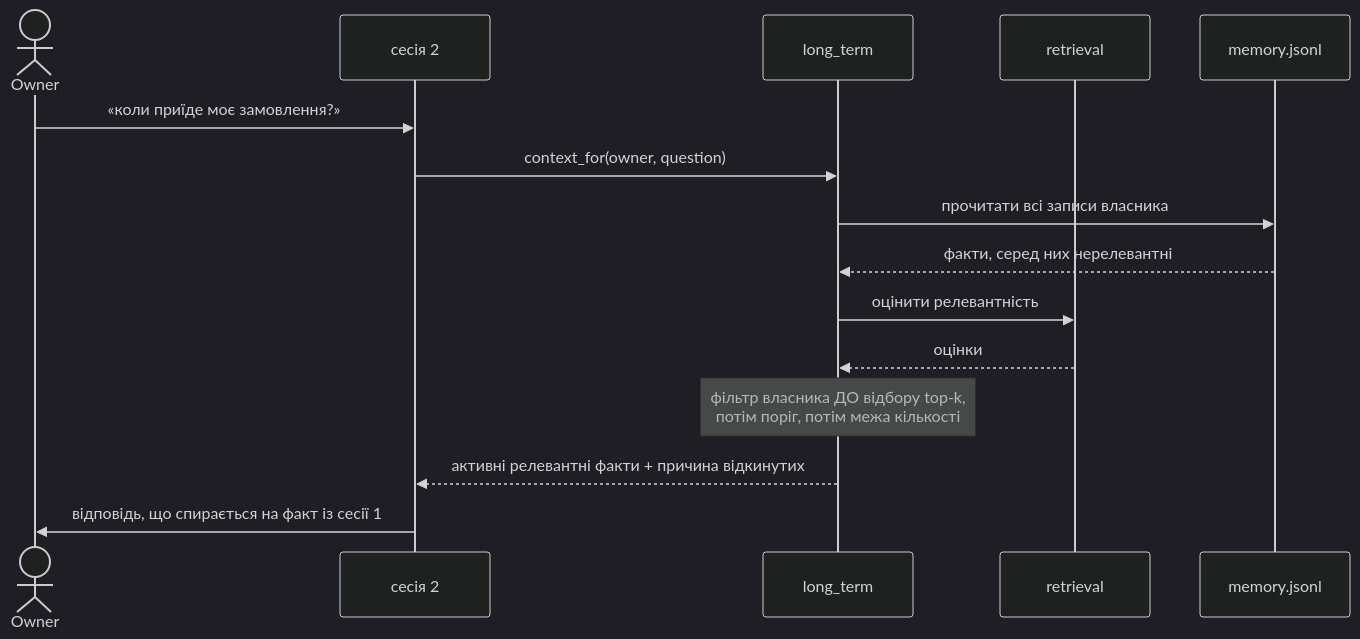
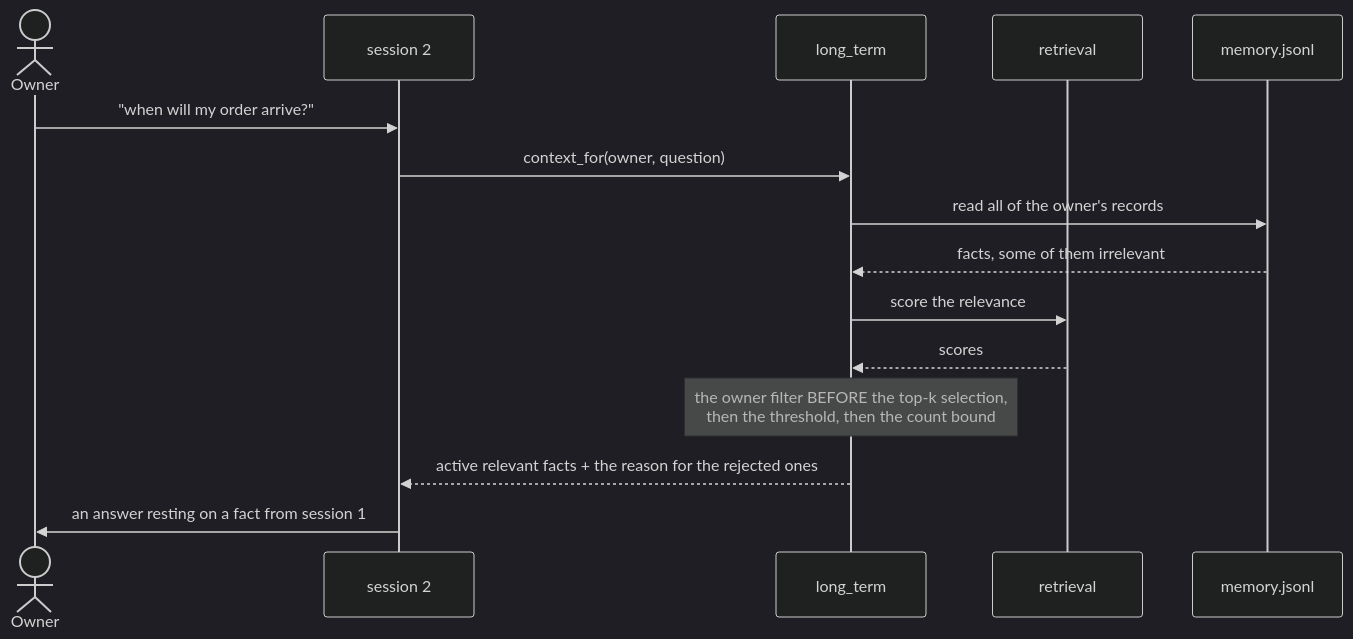
One commit to AZANIR/agentic-ai changed the third of 5 diagrams in docs/features/s05-memory/sad.md. Above: the diagram before and after it, drawn with Mermaid (dark theme). The commit also changed other lines of this file and 245 other files, not shown here.

````diff
--- a/docs/features/s05-memory/sad.md
+++ b/docs/features/s05-memory/sad.md
@@ -144,18 +145,18 @@
 ```mermaid
 sequenceDiagram
     actor Owner
-    participant S as сесія 2
+    participant S as session 2
     participant L as long_term
     participant R as retrieval
     participant F as memory.jsonl
 
-    Owner->>S: «коли приїде моє замовлення?»
+    Owner->>S: "when will my order arrive?"
     S->>L: context_for(owner, question)
-    L->>F: прочитати всі записи власника
-    F-->>L: факти, серед них нерелевантні
-    L->>R: оцінити релевантність
-    R-->>L: оцінки
-    Note over L: фільтр власника ДО відбору top-k,<br/>потім поріг, потім межа кількості
-    L-->>S: активні релевантні факти + причина відкинутих
-    S->>Owner: відповідь, що спирається на факт із сесії 1
+    L->>F: read all of the owner's records
+    F-->>L: facts, some of them irrelevant
+    L->>R: score the relevance
+    R-->>L: scores
+    Note over L: the owner filter BEFORE the top-k selection,<br/>then the threshold, then the count bound
+    L-->>S: active relevant facts + the reason for the rejected ones
+    S->>Owner: an answer resting on a fact from session 1
 ```
````
